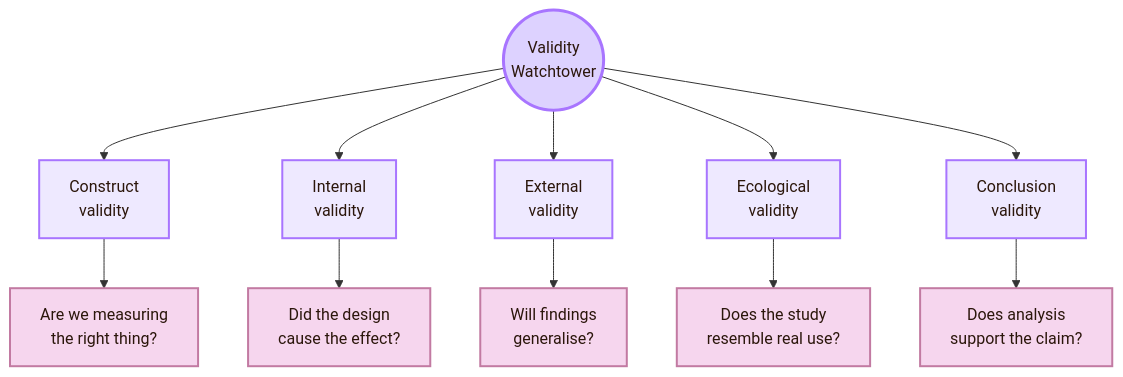
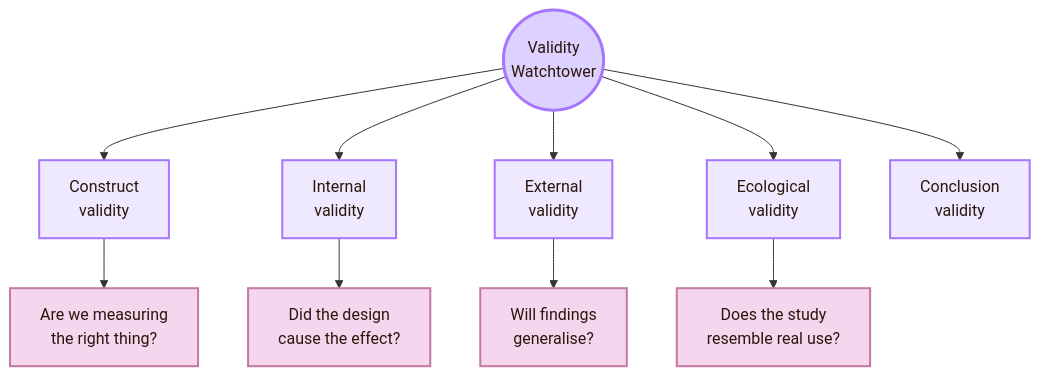
One commit to andreitegzes06-ui/CogniShire changed the sixth of 14 diagrams in 01_Core_Area_HCI/001_Subareas/03_Evaluating_the_Design/Activities/Theory.md. Above: the diagram before and after it, drawn with Mermaid. The commit also changed other lines of this file and 131 other files, not shown here.

````diff
--- a/01_Core_Area_HCI/001_Subareas/03_Evaluating_the_Design/Activities/Theory.md
+++ b/01_Core_Area_HCI/001_Subareas/03_Evaluating_the_Design/Activities/Theory.md
@@ -241,24 +232,23 @@
 ```mermaid
 flowchart TB
     A((Validity<br/>Watchtower))
 
     A --> B[Construct<br/>validity]
     A --> C[Internal<br/>validity]
     A --> D[External<br/>validity]
     A --> E[Ecological<br/>validity]
     A --> F[Conclusion<br/>validity]
 
     B --> B1[Are we measuring<br/>the right thing?]
     C --> C1[Did the design<br/>cause the effect?]
     D --> D1[Will findings<br/>generalise?]
     E --> E1[Does the study<br/>resemble real use?]
-    F --> F1[Does analysis<br/>support the claim?]
 
     classDef center fill:#ddd2ff,stroke:#a875ff,color:#2b160b,stroke-width:3px;
     classDef node fill:#eee9ff,stroke:#a875ff,color:#2b160b,stroke-width:2px;
     classDef detail fill:#f6d6ee,stroke:#c27aa2,color:#2b160b,stroke-width:2px;
 
     class A center;
     class B,C,D,E,F node;
     class B1,C1,D1,E1,F1 detail;
 ```
````
